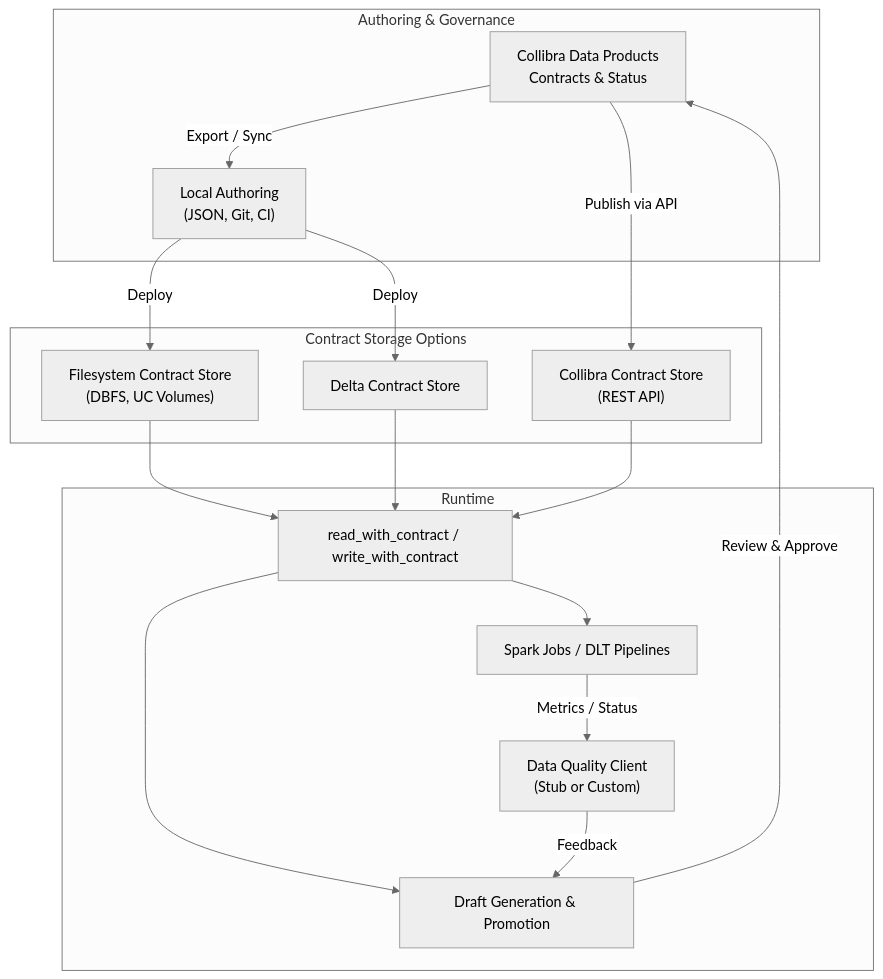
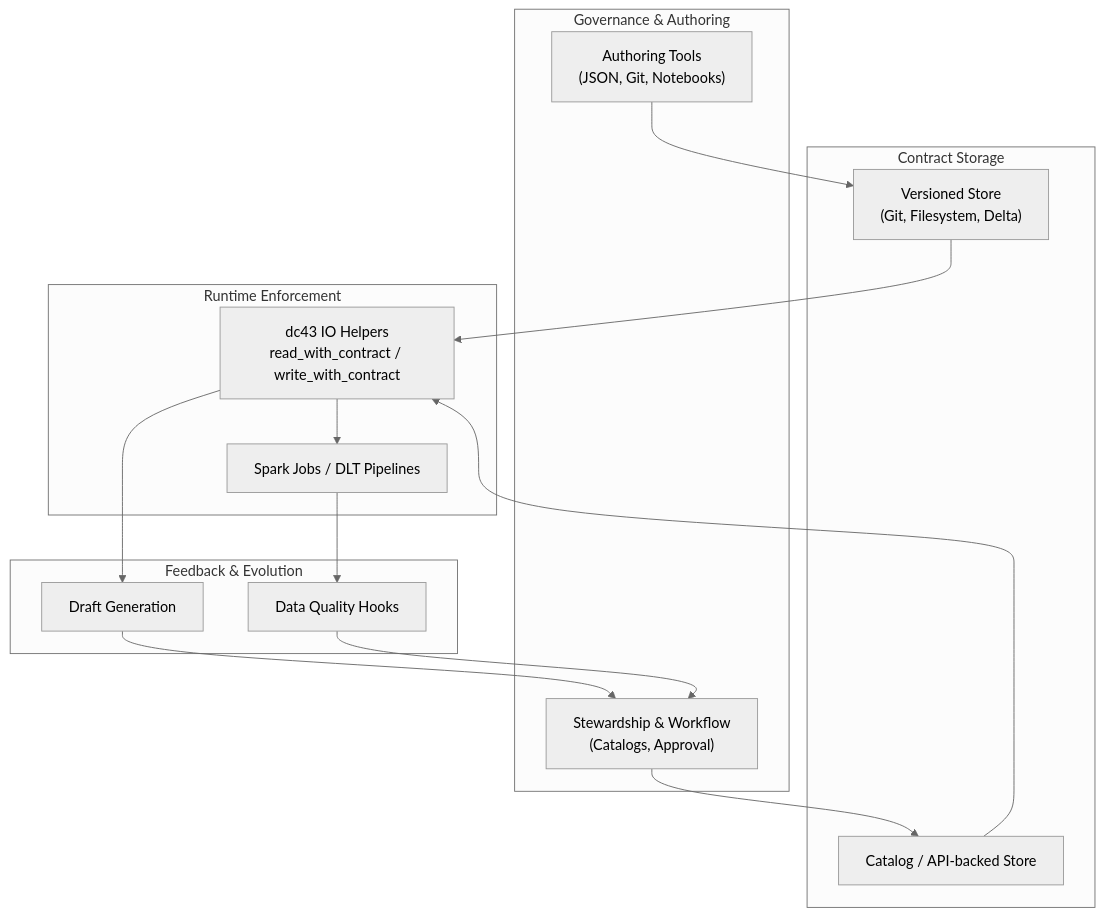
Before and after one commit to NextLab-SRL/dc43: the first of 2 diagrams in README.md, drawn with Mermaid (neutral theme). The commit also changed other lines of this file and 1 other file, not shown here.

Commit message:
Refine architecture diagrams

````diff
--- a/README.md
+++ b/README.md
@@ -20,35 +20,32 @@
 ```mermaid
 flowchart TD
-    subgraph Authoring & Governance
-        Collibra["Collibra Data Products<br/>Contracts & Status"]
-        LocalRepo["Local Authoring<br/>(JSON, Git, CI)"]
+    subgraph Governance & Authoring
+        Authoring["Authoring Tools<br/>(JSON, Git, Notebooks)"]
+        Stewardship["Stewardship & Workflow<br/>(Catalogs, Approval)"]
     end
 
-    subgraph Contract Storage Options
-        FSStore["Filesystem Contract Store<br/>(DBFS, UC Volumes)"]
-        DeltaStore["Delta Contract Store"]
-        CollibraStore["Collibra Contract Store<br/>(REST API)"]
+    subgraph Contract Storage
+        Versioned["Versioned Store<br/>(Git, Filesystem, Delta)"]
+        Catalog["Catalog / API-backed Store"]
     end
 
-    subgraph Runtime
-        SparkJobs["Spark Jobs / DLT Pipelines"]
-        IOHelpers["read_with_contract / write_with_contract"]
-        Drafts["Draft Generation & Promotion"]
-        DQClient["Data Quality Client<br/>(Stub or Custom)"]
+    subgraph Runtime Enforcement
+        IOHelpers["dc43 IO Helpers<br/>read_with_contract / write_with_contract"]
+        Pipelines["Spark Jobs / DLT Pipelines"]
     end
 
-    Collibra -->|Publish via API| CollibraStore
-    LocalRepo -->|Deploy| FSStore
-    LocalRepo -->|Deploy| DeltaStore
-    Collibra -->|Export / Sync| LocalRepo
+    subgraph Feedback & Evolution
+        Drafts["Draft Generation"]
+        DQ["Data Quality Hooks"]
+    end
 
-    FSStore --> IOHelpers
-    DeltaStore --> IOHelpers
-    CollibraStore --> IOHelpers
-
-    IOHelpers --> SparkJobs
+    Authoring --> Versioned
+    Stewardship --> Catalog
+    Versioned --> IOHelpers
+    Catalog --> IOHelpers
+    IOHelpers --> Pipelines
     IOHelpers --> Drafts
-    SparkJobs -->|Metrics / Status| DQClient
-    DQClient -->|Feedback| Drafts
-    Drafts -->|Review & Approve| Collibra
+    Pipelines --> DQ
+    Drafts --> Stewardship
+    DQ --> Stewardship
 ```
````
